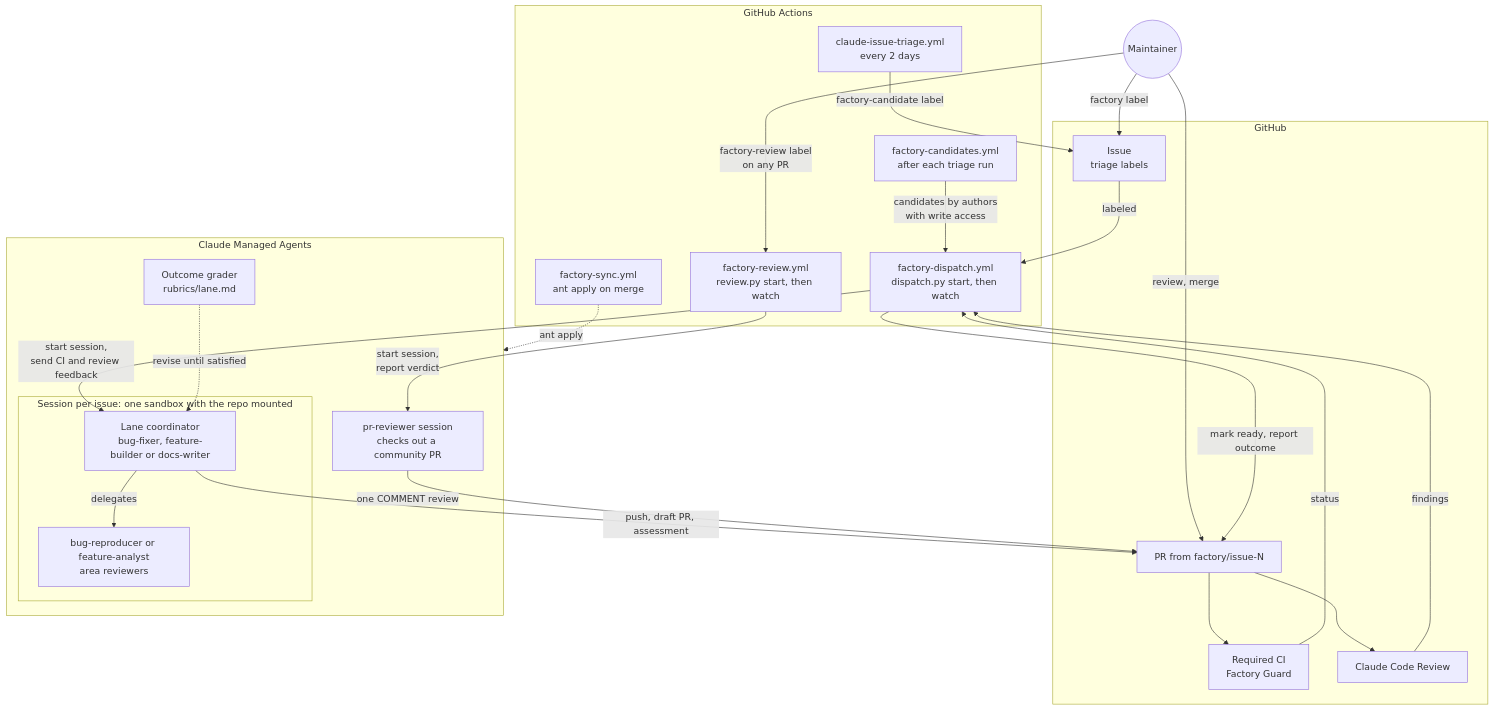
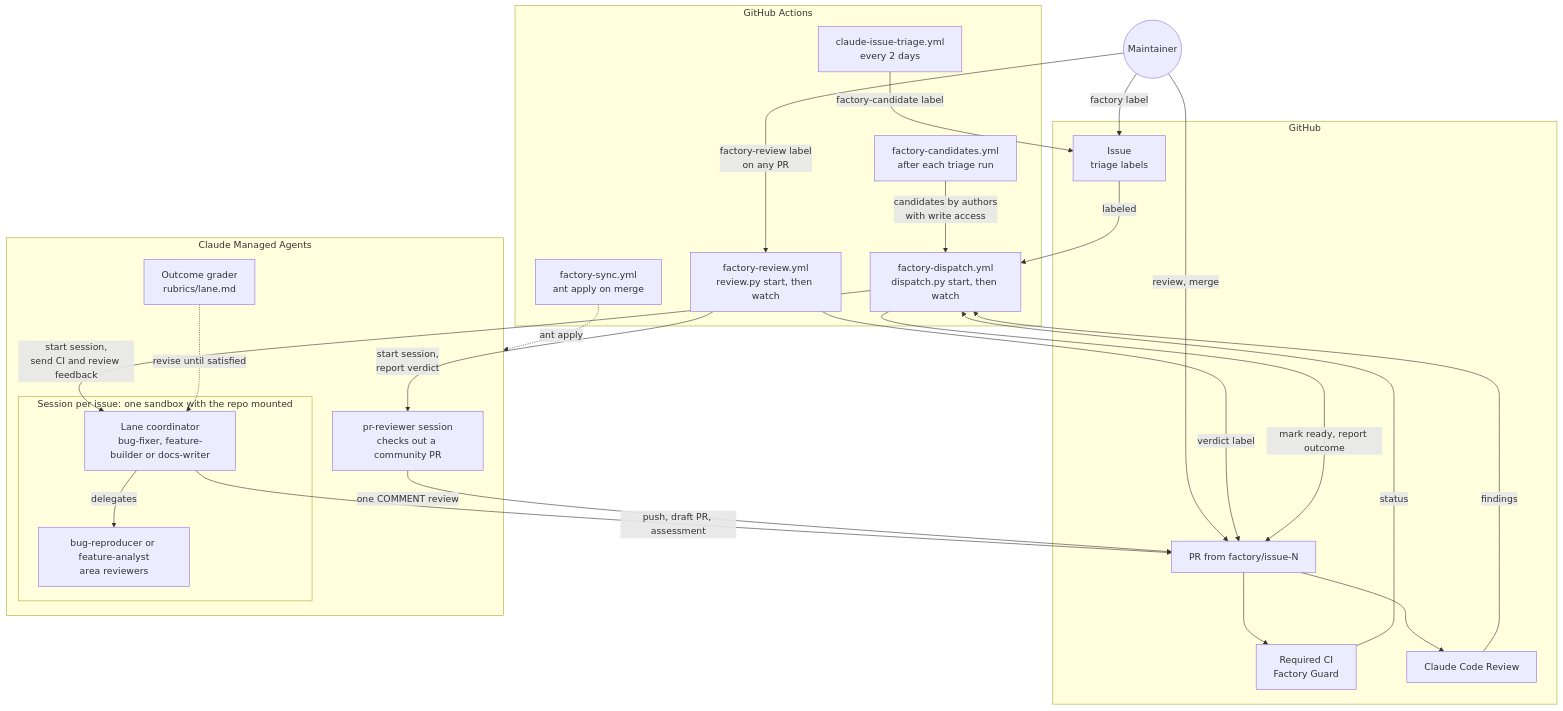
Before and after one commit to Arize-ai/phoenix: the first of 4 diagrams in factory/README.md, drawn with Mermaid. The commit also changed other lines of this file and 1 other file, not shown here.

First line of the commit message:
feat(factory): label PRs with the factory review's verdict (#17487)

````diff
--- a/factory/README.md
+++ b/factory/README.md
@@ -9,47 +9,48 @@
 ```mermaid
 flowchart TB
   maintainer(("Maintainer"))
 
   subgraph github["GitHub"]
     issue["Issue<br/>triage labels"]
     pr["PR from factory/issue-N"]
     checks["Required CI<br/>Factory Guard"]
     review["Claude Code Review"]
   end
 
   subgraph actions["GitHub Actions"]
     triage["claude-issue-triage.yml<br/>every 2 days"]
     candidates["factory-candidates.yml<br/>after each triage run"]
     dispatch["factory-dispatch.yml<br/>dispatch.py start, then watch"]
     prreview["factory-review.yml<br/>review.py start, then watch"]
     sync["factory-sync.yml<br/>ant apply on merge"]
   end
 
   subgraph agents["Claude Managed Agents"]
     subgraph session["Session per issue: one sandbox with the repo mounted"]
       coordinator["Lane coordinator<br/>bug-fixer, feature-builder or docs-writer"]
       subagents["bug-reproducer or feature-analyst<br/>area reviewers"]
     end
     reviewer["pr-reviewer session<br/>checks out a community PR"]
     grader["Outcome grader<br/>rubrics/lane.md"]
   end
 
   maintainer -->|"factory label"| issue
   maintainer -->|"review, merge"| pr
   maintainer -->|"factory-review label<br/>on any PR"| prreview
   prreview -->|"start session,<br/>report verdict"| reviewer
   reviewer -->|"one COMMENT review"| pr
+  prreview -->|"verdict label"| pr
   triage -->|"factory-candidate label"| issue
   candidates -->|"candidates by authors<br/>with write access"| dispatch
   issue -->|"labeled"| dispatch
   dispatch -->|"start session,<br/>send CI and review feedback"| coordinator
   coordinator -->|"delegates"| subagents
   grader -.->|"revise until satisfied"| coordinator
   coordinator -->|"push, draft PR, assessment"| pr
   pr --> checks
   pr --> review
   checks -->|"status"| dispatch
   review -->|"findings"| dispatch
   dispatch -->|"mark ready, report outcome"| pr
   sync -.->|"ant apply"| agents
 ```
````
